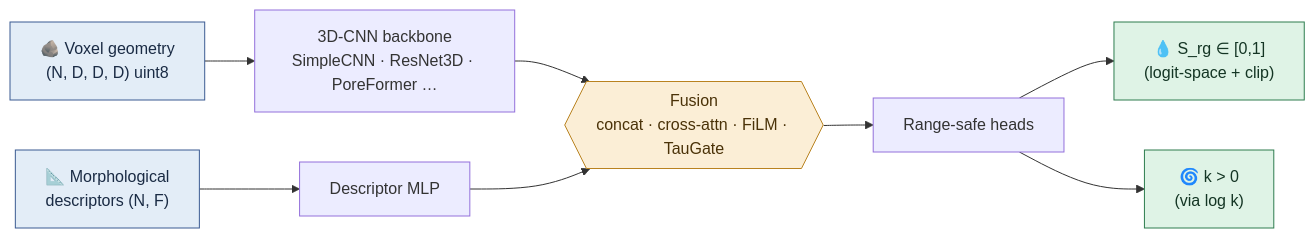
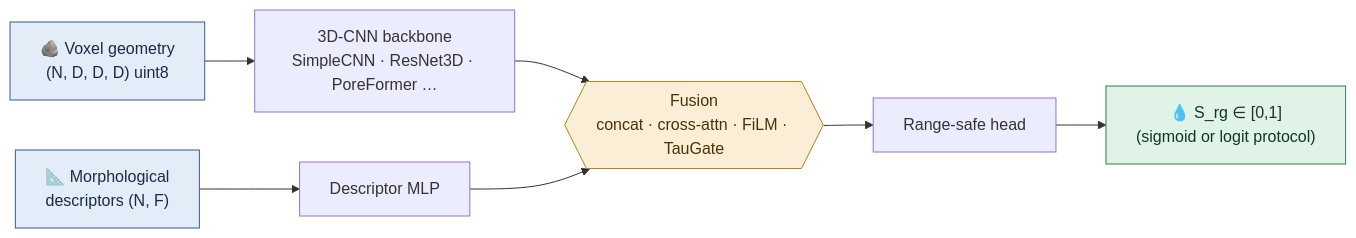
Before and after one commit to Javis-101/digital-rock-srg-net: the first of 2 diagrams in README.md, drawn with Mermaid. The commit also changed other lines of this file, not shown here.

````diff
--- a/README.md
+++ b/README.md
@@ -80,16 +80,14 @@
 ```mermaid
 flowchart LR
     A["🪨 Voxel geometry<br/>(N, D, D, D) uint8"] --> C["3D‑CNN backbone<br/>SimpleCNN · ResNet3D · PoreFormer …"]
     B["📐 Morphological<br/>descriptors (N, F)"] --> D["Descriptor MLP"]
     C --> E{{"Fusion<br/>concat · cross‑attn · FiLM · TauGate"}}
     D --> E
-    E --> F["Range‑safe heads"]
-    F --> G["💧 S_rg ∈ [0,1]<br/>(logit‑space + clip)"]
-    F --> H["🌀 k > 0<br/>(via log k)"]
+    E --> F["Range‑safe head"]
+    F --> G["💧 S_rg ∈ [0,1]<br/>(sigmoid or logit protocol)"]
 
     style A fill:#e3edf7,stroke:#3b5b92,color:#1a2b44
     style B fill:#e3edf7,stroke:#3b5b92,color:#1a2b44
     style G fill:#dff3e6,stroke:#2e7d4f,color:#143524
-    style H fill:#dff3e6,stroke:#2e7d4f,color:#143524
     style E fill:#fbeed6,stroke:#b9821f,color:#4a3208
 ```
````
